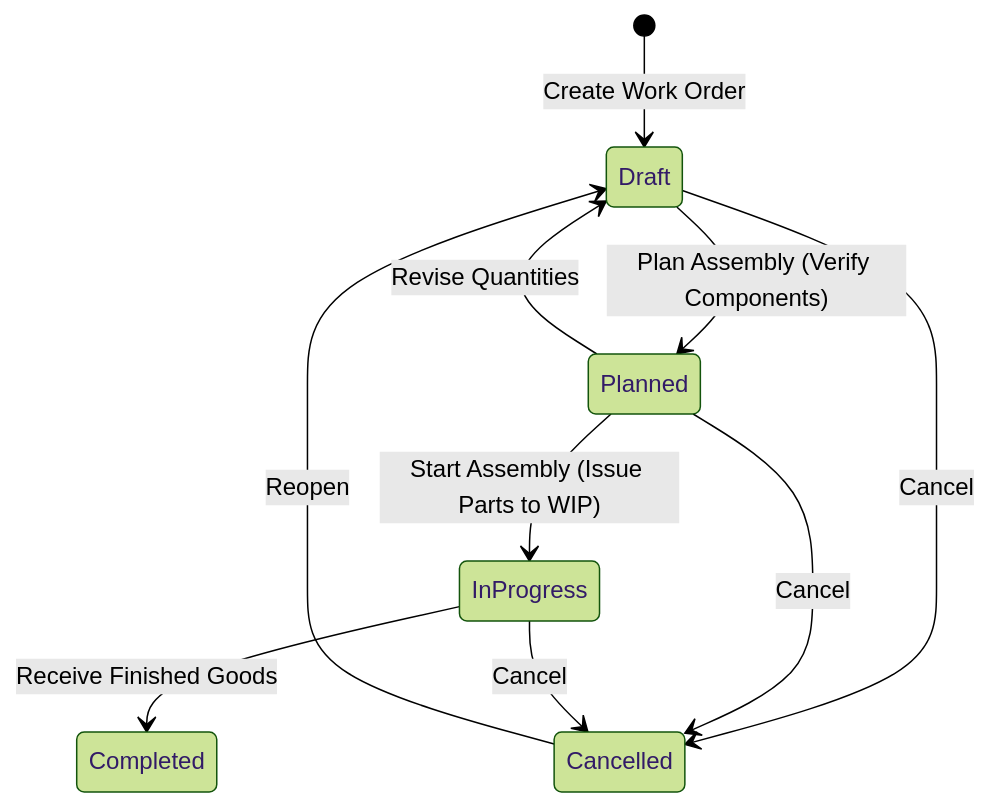
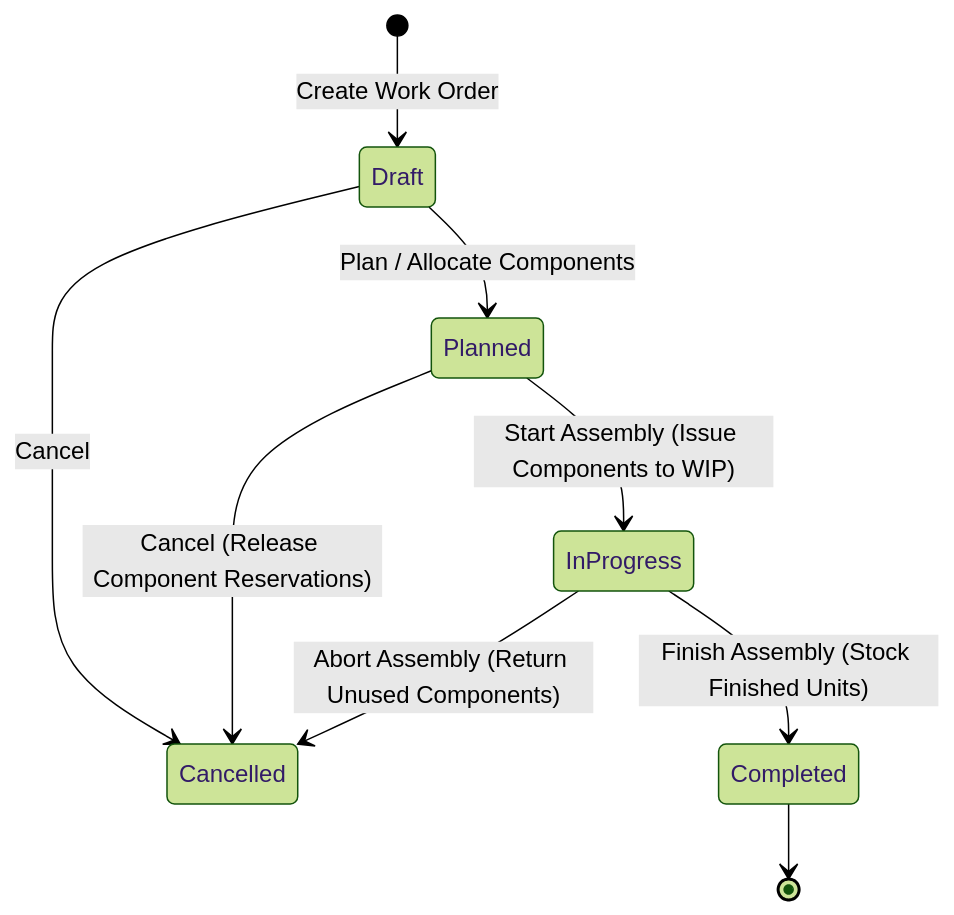
Before and after one commit to herobmdotcom/herobm: the diagram in docs/user/work_orders.md, drawn with Mermaid (forest theme). The commit also changed other lines of this file and 32 other files, not shown here.

````diff
--- a/docs/user/work_orders.md
+++ b/docs/user/work_orders.md
@@ -54,15 +47,14 @@
 ```mermaid
 stateDiagram-v2
     [*] --> Draft : Create Work Order
-    Draft --> Planned : Plan Assembly (Verify Components)
+    Draft --> Planned : Plan / Allocate Components
     Draft --> Cancelled : Cancel
 
-    Planned --> InProgress : Start Assembly (Issue Parts to WIP)
-    Planned --> Draft : Revise Quantities
-    Planned --> Cancelled : Cancel
+    Planned --> InProgress : Start Assembly (Issue Components to WIP)
+    Planned --> Cancelled : Cancel (Release Component Reservations)
 
-    InProgress --> Completed : Receive Finished Goods
-    InProgress --> Cancelled : Cancel
+    InProgress --> Completed : Finish Assembly (Stock Finished Units)
+    InProgress --> Cancelled : Abort Assembly (Return Unused Components)
 
-    Cancelled --> Draft : Reopen
+    Completed --> [*]
 ```
````
